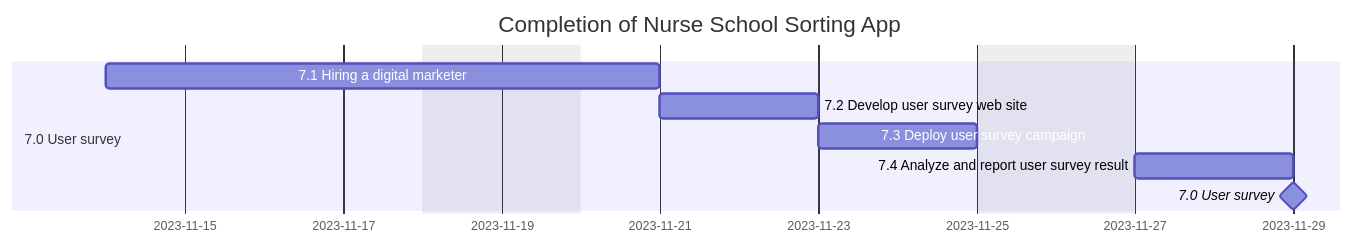
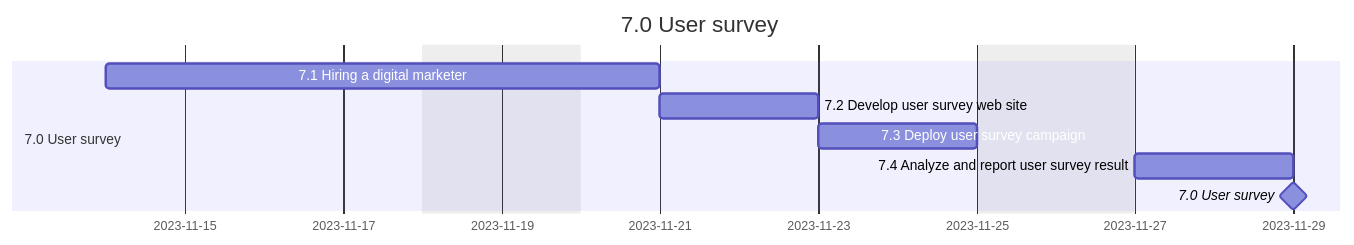
Before and after one commit to riow1983/Coursera-PMP: the ninth of 11 diagrams in README.md, drawn with Mermaid. The commit also changed other lines of this file, not shown here.

````diff
--- a/README.md
+++ b/README.md
@@ -254,13 +254,13 @@
 ```mermaid
 gantt
   dateFormat  YYYY-MM-DD
-  title       Completion of Nurse School Sorting App
+  title       7.0 User survey
   excludes    weekends
 
   section 7.0 User survey
   7.1 Hiring a digital marketer: 2023-11-14, 5d
   7.2 Develop user survey web site: 2d
   7.3 Deploy user survey campaign: 2d
   7.4 Analyze and report user survey result: 2d
   7.0 User survey: milestone, 0d
 ```
````
